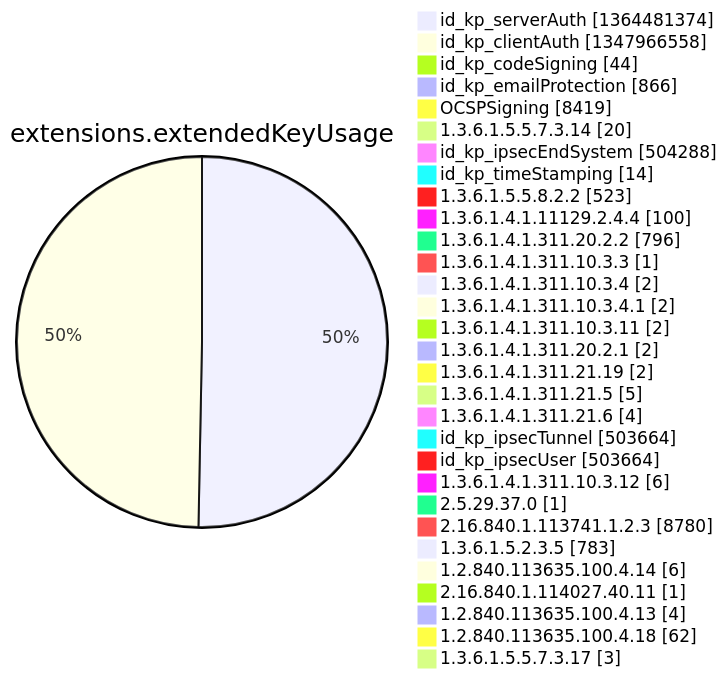
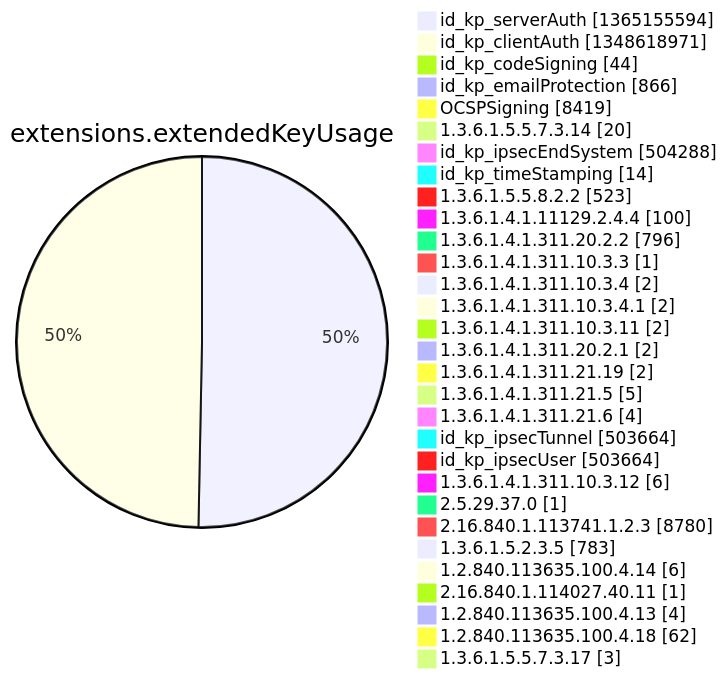
Diagram 12 of 15 in argon2022/README.md (christiankrug/ctmonitor_visualization), drawn with Mermaid before and after one commit. The commit also changed other lines of this file, not shown here.

````diff
--- a/argon2022/README.md
+++ b/argon2022/README.md
@@ -3553,34 +3553,34 @@
 ```mermaid
 pie showData
 title extensions.extendedKeyUsage
-"id_kp_serverAuth" :1364481374
-"id_kp_clientAuth" :1347966558
+"id_kp_serverAuth" :1365155594
+"id_kp_clientAuth" :1348618971
 "id_kp_codeSigning" :44
 "id_kp_emailProtection" :866
 "OCSPSigning" :8419
 "1.3.6.1.5.5.7.3.14" :20
 "id_kp_ipsecEndSystem" :504288
 "id_kp_timeStamping" :14
 "1.3.6.1.5.5.8.2.2" :523
 "1.3.6.1.4.1.11129.2.4.4" :100
 "1.3.6.1.4.1.311.20.2.2" :796
 "1.3.6.1.4.1.311.10.3.3" :1
 "1.3.6.1.4.1.311.10.3.4" :2
 "1.3.6.1.4.1.311.10.3.4.1" :2
 "1.3.6.1.4.1.311.10.3.11" :2
 "1.3.6.1.4.1.311.20.2.1" :2
 "1.3.6.1.4.1.311.21.19" :2
 "1.3.6.1.4.1.311.21.5" :5
 "1.3.6.1.4.1.311.21.6" :4
 "id_kp_ipsecTunnel" :503664
 "id_kp_ipsecUser" :503664
 "1.3.6.1.4.1.311.10.3.12" :6
 "2.5.29.37.0" :1
 "2.16.840.1.113741.1.2.3" :8780
 "1.3.6.1.5.2.3.5" :783
 "1.2.840.113635.100.4.14" :6
 "2.16.840.1.114027.40.11" :1
 "1.2.840.113635.100.4.13" :4
 "1.2.840.113635.100.4.18" :62
 "1.3.6.1.5.5.7.3.17" :3
 ```
````
